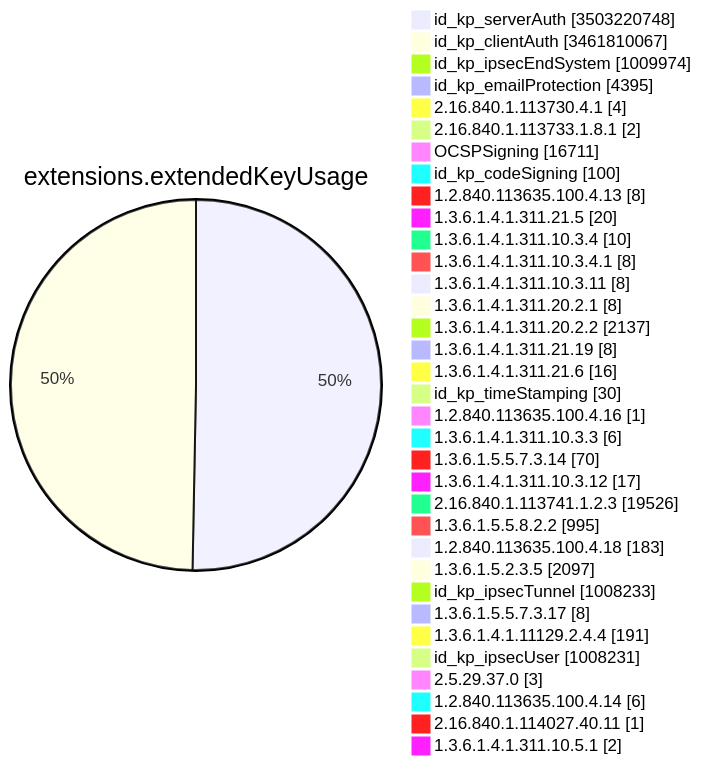
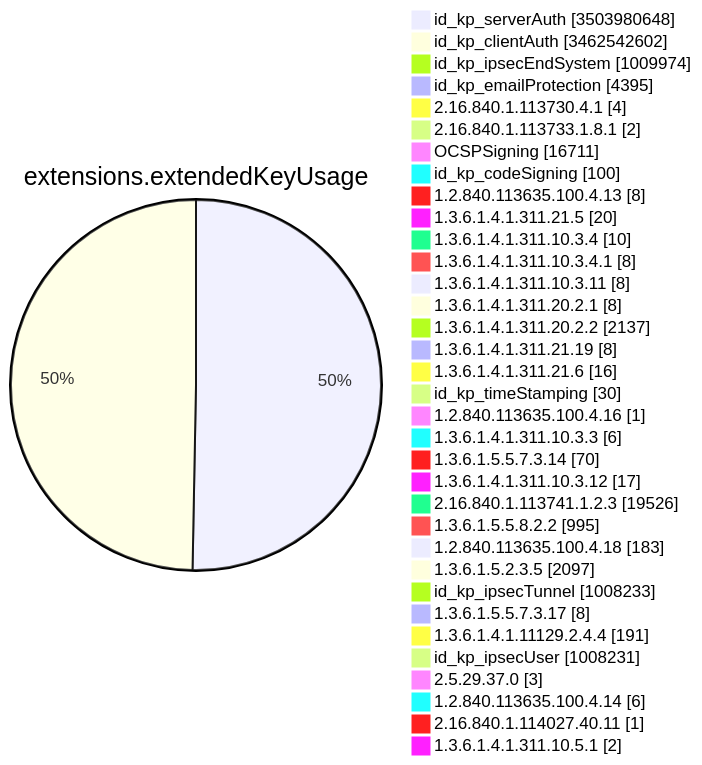
One commit to christiankrug/ctmonitor_visualization changed diagram 11 of 15 in TOTAL/README.md. Above: the diagram before and after it, drawn with Mermaid. The commit also changed other lines of this file, not shown here.

````diff
--- a/TOTAL/README.md
+++ b/TOTAL/README.md
@@ -4126,38 +4126,38 @@
 ```mermaid
 pie showData
 title extensions.extendedKeyUsage
-"id_kp_serverAuth" :3503220748
-"id_kp_clientAuth" :3461810067
+"id_kp_serverAuth" :3503980648
+"id_kp_clientAuth" :3462542602
 "id_kp_ipsecEndSystem" :1009974
 "id_kp_emailProtection" :4395
 "2.16.840.1.113730.4.1" :4
 "2.16.840.1.113733.1.8.1" :2
 "OCSPSigning" :16711
 "id_kp_codeSigning" :100
 "1.2.840.113635.100.4.13" :8
 "1.3.6.1.4.1.311.21.5" :20
 "1.3.6.1.4.1.311.10.3.4" :10
 "1.3.6.1.4.1.311.10.3.4.1" :8
 "1.3.6.1.4.1.311.10.3.11" :8
 "1.3.6.1.4.1.311.20.2.1" :8
 "1.3.6.1.4.1.311.20.2.2" :2137
 "1.3.6.1.4.1.311.21.19" :8
 "1.3.6.1.4.1.311.21.6" :16
 "id_kp_timeStamping" :30
 "1.2.840.113635.100.4.16" :1
 "1.3.6.1.4.1.311.10.3.3" :6
 "1.3.6.1.5.5.7.3.14" :70
 "1.3.6.1.4.1.311.10.3.12" :17
 "2.16.840.1.113741.1.2.3" :19526
 "1.3.6.1.5.5.8.2.2" :995
 "1.2.840.113635.100.4.18" :183
 "1.3.6.1.5.2.3.5" :2097
 "id_kp_ipsecTunnel" :1008233
 "1.3.6.1.5.5.7.3.17" :8
 "1.3.6.1.4.1.11129.2.4.4" :191
 "id_kp_ipsecUser" :1008231
 "2.5.29.37.0" :3
 "1.2.840.113635.100.4.14" :6
 "2.16.840.1.114027.40.11" :1
 "1.3.6.1.4.1.311.10.5.1" :2
 ```
````
